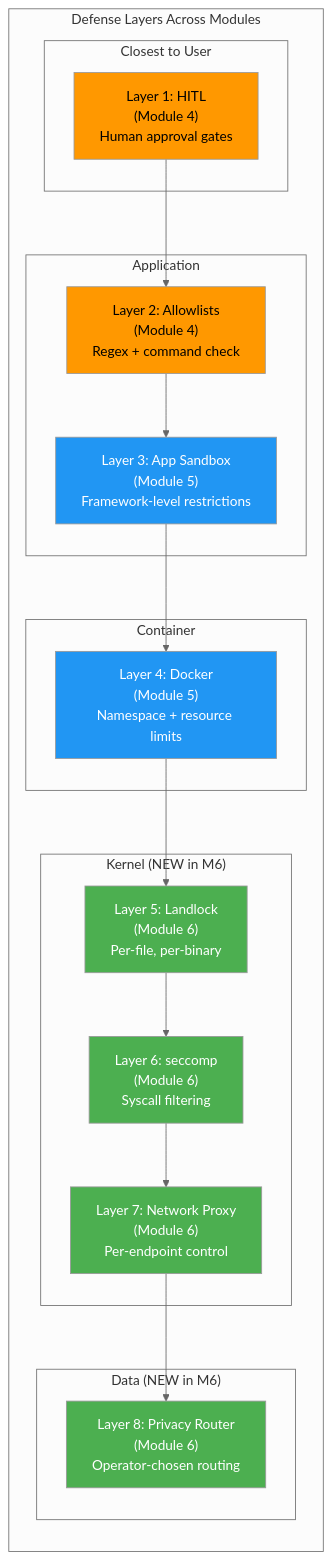
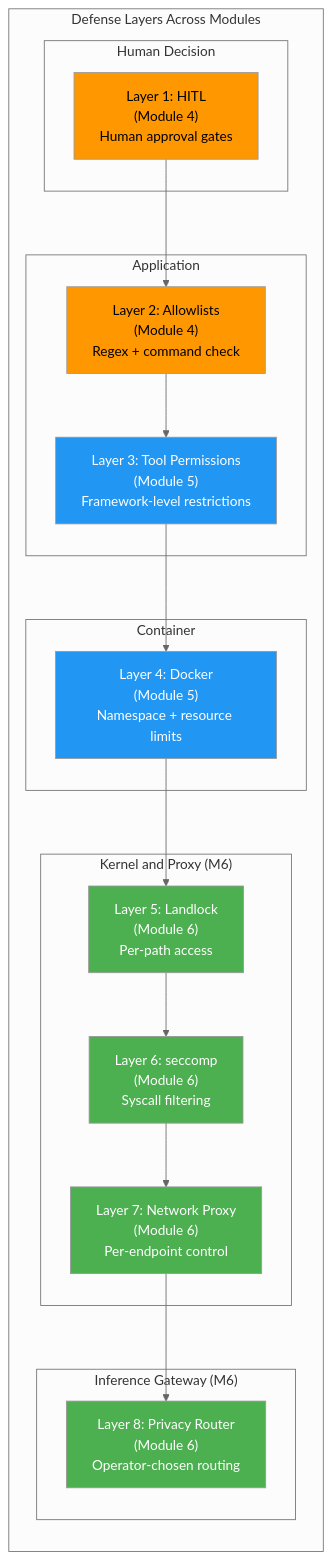
Before and after one commit to brevdev/workshop-build-an-agent: the diagram in .devx/6-agent-safety/img/defense_layers_comparison.mmd, drawn with Mermaid (neutral theme). The commit also changed 327 other files, not shown here.

```diff
--- a/.devx/6-agent-safety/img/defense_layers_comparison.mmd
+++ b/.devx/6-agent-safety/img/defense_layers_comparison.mmd
@@ -1,38 +1,38 @@
 graph LR
     subgraph "Defense Layers Across Modules"
         direction TB
 
-        subgraph "Closest to User"
+        subgraph "Human Decision"
             L1["Layer 1: HITL<br/>(Module 4)<br/>Human approval gates"]
         end
 
         subgraph "Application"
             L2["Layer 2: Allowlists<br/>(Module 4)<br/>Regex + command check"]
-            L3["Layer 3: App Sandbox<br/>(Module 5)<br/>Framework-level restrictions"]
+            L3["Layer 3: Tool Permissions<br/>(Module 5)<br/>Framework-level restrictions"]
         end
 
         subgraph "Container"
             L4["Layer 4: Docker<br/>(Module 5)<br/>Namespace + resource limits"]
         end
 
-        subgraph "Kernel (NEW in M6)"
-            L5["Layer 5: Landlock<br/>(Module 6)<br/>Per-file, per-binary"]
+        subgraph "Kernel and Proxy (M6)"
+            L5["Layer 5: Landlock<br/>(Module 6)<br/>Per-path access"]
             L6["Layer 6: seccomp<br/>(Module 6)<br/>Syscall filtering"]
             L7["Layer 7: Network Proxy<br/>(Module 6)<br/>Per-endpoint control"]
         end
 
-        subgraph "Data (NEW in M6)"
+        subgraph "Inference Gateway (M6)"
             L8["Layer 8: Privacy Router<br/>(Module 6)<br/>Operator-chosen routing"]
         end
     end
 
     L1 --> L2 --> L3 --> L4 --> L5 --> L6 --> L7 --> L8
 
     style L1 fill:#ff9800,color:#000
     style L2 fill:#ff9800,color:#000
     style L3 fill:#2196f3,color:#fff
     style L4 fill:#2196f3,color:#fff
     style L5 fill:#4caf50,color:#fff
     style L6 fill:#4caf50,color:#fff
     style L7 fill:#4caf50,color:#fff
     style L8 fill:#4caf50,color:#fff
```
